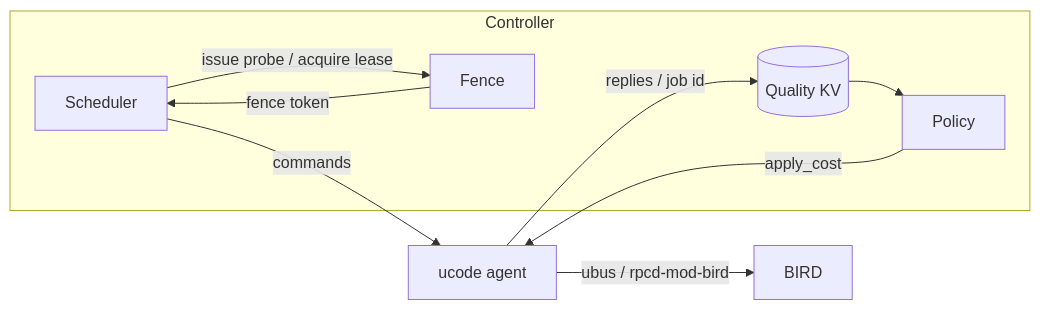
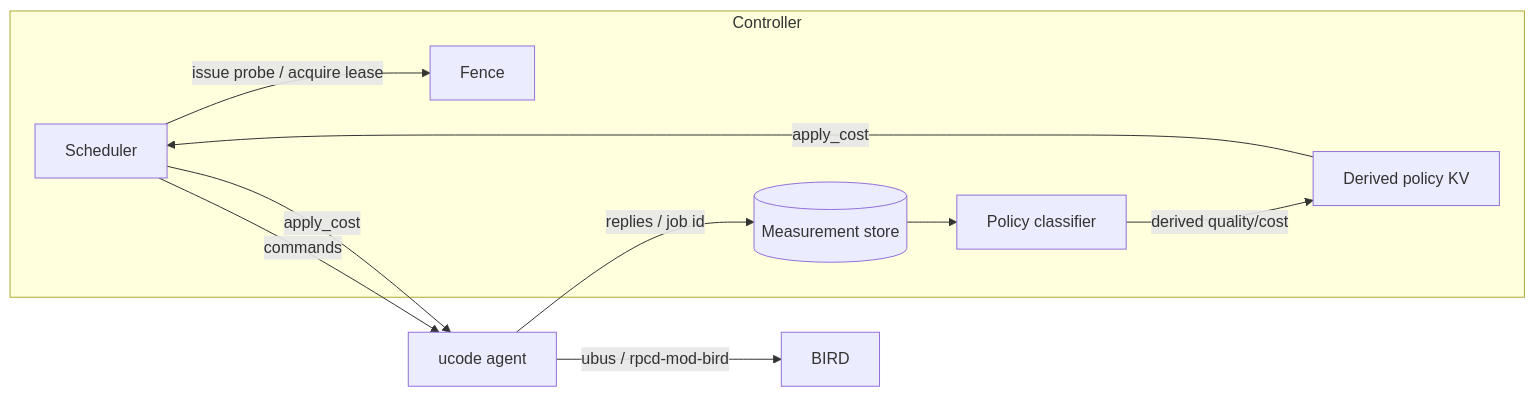
Before and after one commit to vooon/mielofon-qoed: the diagram in docs/architecture.md, drawn with Mermaid. The commit also changed other lines of this file and 12 other files, not shown here.

````diff
--- a/docs/architecture.md
+++ b/docs/architecture.md
@@ -65,16 +76,18 @@
 ```mermaid
 flowchart LR
     subgraph Controller
         S[Scheduler]
         F[Fence]
-        Q[(Quality KV)]
-        P[Policy]
+        T[(Measurement store)]
+        C[Policy classifier]
+        Q[Derived policy KV]
     end
+    T --> C
     S -->|issue probe / acquire lease| F
     S -->|commands| A[ucode agent]
-    F -->|fence token| S
-    A -->|replies / job id| Q
-    Q --> P
-    P -->|apply_cost| A
+    A -->|replies / job id| T
+    C -->|derived quality/cost| Q
+    Q -->|apply_cost| S
+    S -->|apply_cost| A
     A -->|ubus / rpcd-mod-bird| B[BIRD]
 ```
````
